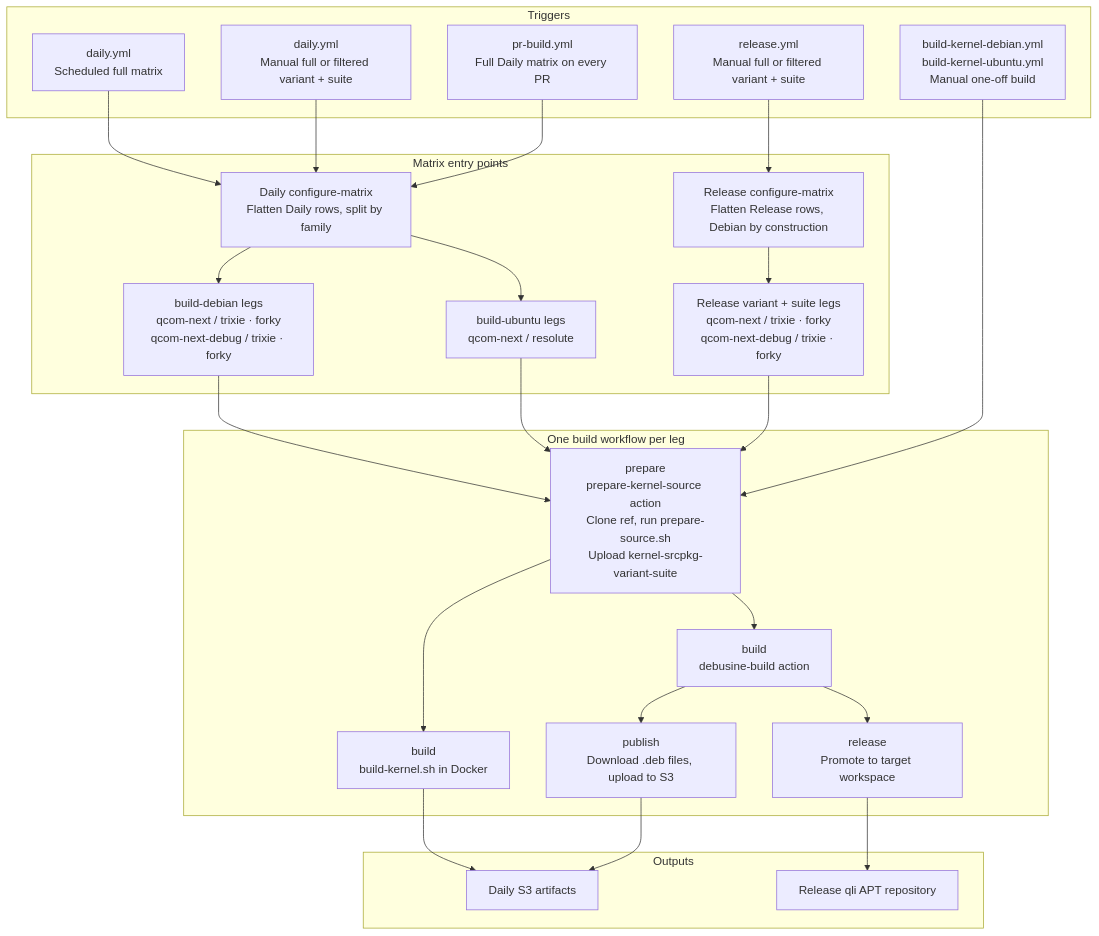
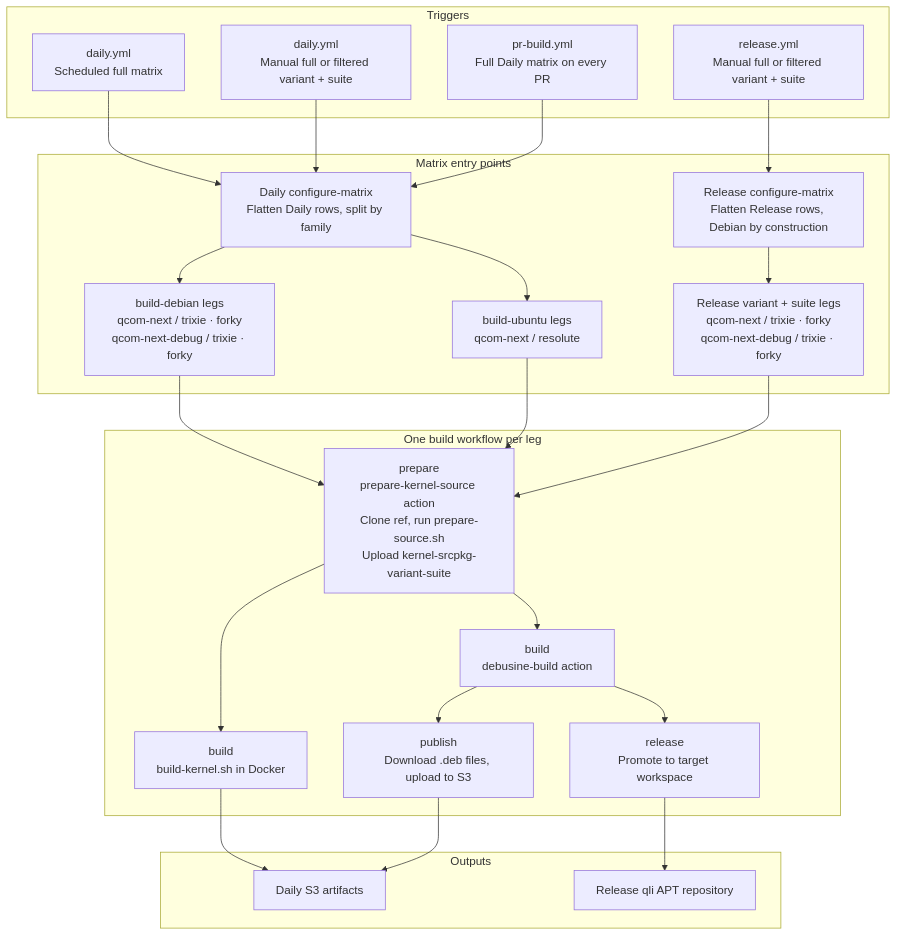
The second of 6 diagrams in README.md (qualcomm-linux/pkg-linux-qcom), drawn with Mermaid before and after one commit. The commit also changed other lines of this file and 2 other files, not shown here.

````diff
--- a/README.md
+++ b/README.md
@@ -314,47 +313,45 @@
 ```mermaid
 flowchart TD
     subgraph triggers[Triggers]
         A1["daily.yml\nScheduled full matrix"]
         A2["daily.yml\nManual full or filtered variant + suite"]
         A5["pr-build.yml\nFull Daily matrix on every PR"]
         A3["release.yml\nManual full or filtered variant + suite"]
-        A4["build-kernel-debian.yml\nbuild-kernel-ubuntu.yml\nManual one-off build"]
     end
 
     subgraph matrix[Matrix entry points]
         B1["Daily configure-matrix\nFlatten Daily rows, split by family"]
         B2["build-debian legs\nqcom-next / trixie · forky\nqcom-next-debug / trixie · forky"]
         B5["build-ubuntu legs\nqcom-next / resolute"]
         B3["Release configure-matrix\nFlatten Release rows, Debian by construction"]
         B4["Release variant + suite legs\nqcom-next / trixie · forky\nqcom-next-debug / trixie · forky"]
     end
 
     subgraph build[One build workflow per leg]
         C2["prepare\nprepare-kernel-source action\nClone ref, run prepare-source.sh\nUpload kernel-srcpkg-variant-suite"]
         C3["build\ndebusine-build action"]
         C4["build\nbuild-kernel.sh in Docker"]
         C5["publish\nDownload .deb files, upload to S3"]
         C6["release\nPromote to target workspace"]
     end
 
     subgraph outputs[Outputs]
         D1["Daily S3 artifacts"]
         D2["Release qli APT repository"]
     end
 
     A1 --> B1
     A2 --> B1
     A5 --> B1
     A3 --> B3
     B1 --> B2 & B5
     B3 --> B4
     B2 --> C2
     B5 --> C2
     B4 --> C2
-    A4 --> C2
     C2 --> C3 & C4
     C3 --> C5 & C6
     C4 --> D1
     C5 --> D1
     C6 --> D2
 ```
````
